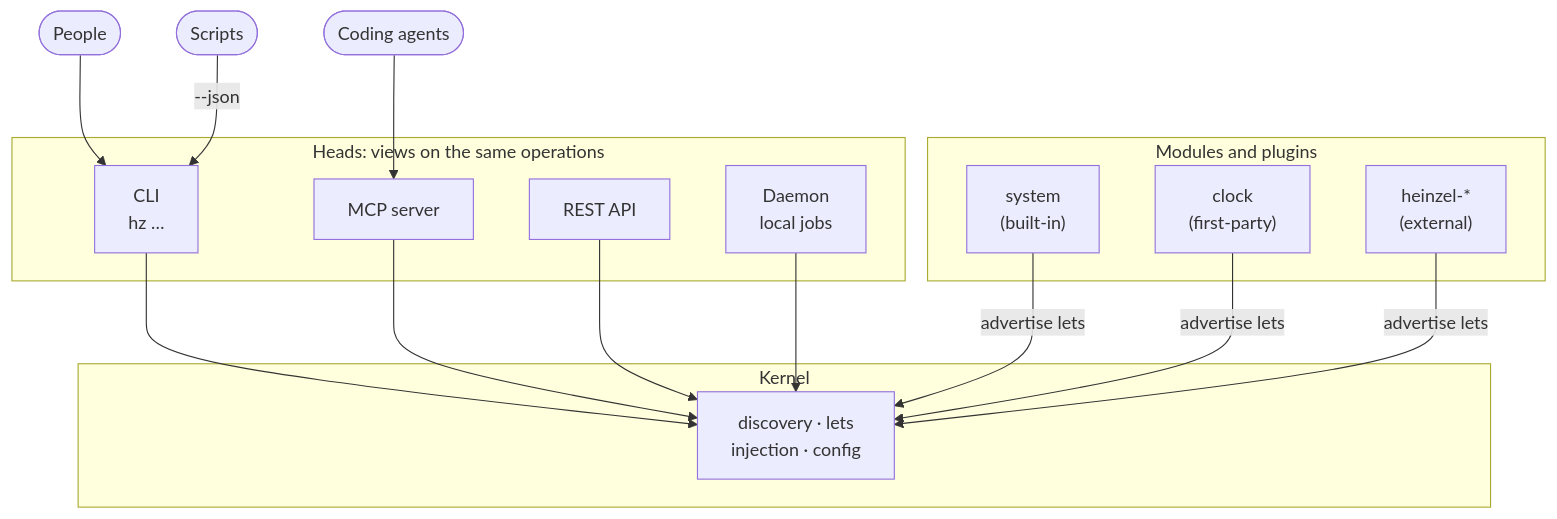
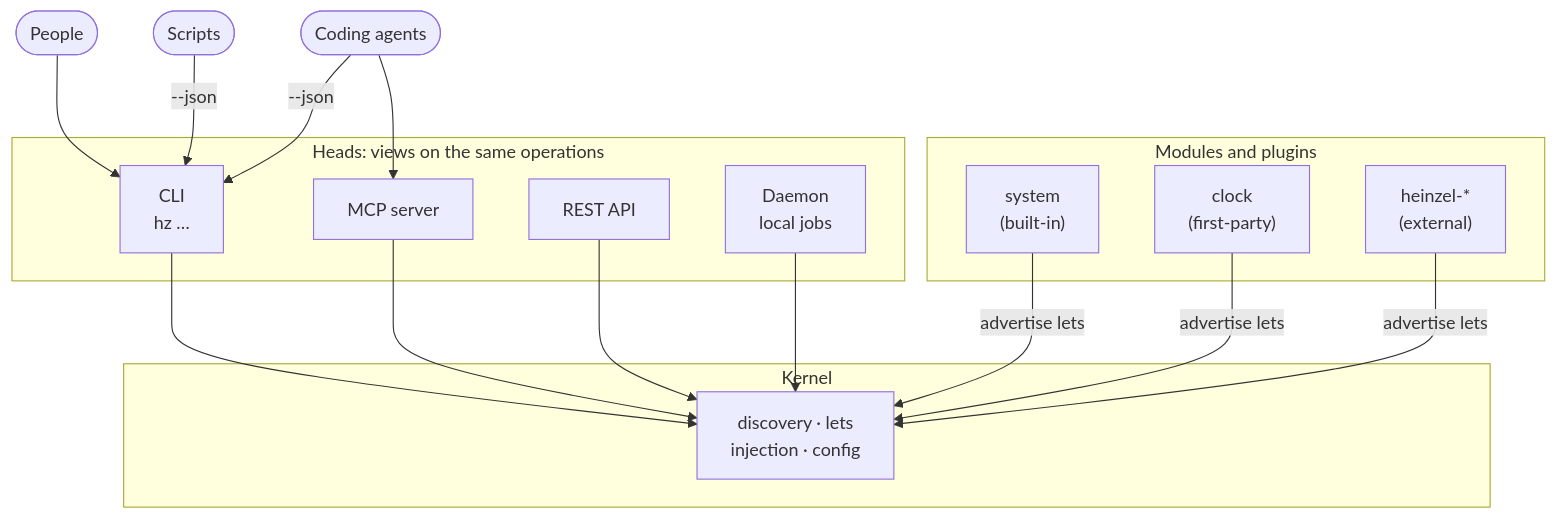
Before and after one commit to helmut-hoffer-von-ankershoffen/heinzel: the diagram in README.md, drawn with Mermaid. The commit also changed other lines of this file and 1 other file, not shown here.

First line of the commit message:
docs: coding agents use the CLI or MCP

````diff
--- a/README.md
+++ b/README.md
@@ -87,22 +87,23 @@
 ```mermaid
 flowchart TB
     People(["People"]) --> CLI
     Scripts(["Scripts"]) -- "--json" --> CLI
-    Agents(["Coding agents"]) --> MCP
+    Agents(["Coding agents"]) -- "--json" --> CLI
+    Agents --> MCP
     subgraph Heads["Heads: views on the same operations"]
         CLI["CLI<br/>hz …"]
         MCP["MCP server"]
         REST["REST API"]
         Daemon["Daemon<br/>local jobs"]
     end
     subgraph Kernel["Kernel"]
         Core["discovery · lets<br/>injection · config"]
     end
     subgraph Modules["Modules and plugins"]
         System["system<br/>(built-in)"]
         Clock["clock<br/>(first-party)"]
         Ext["heinzel-*<br/>(external)"]
     end
     CLI & MCP & REST & Daemon --> Core
     System & Clock & Ext -- "advertise lets" --> Core
 ```
````
